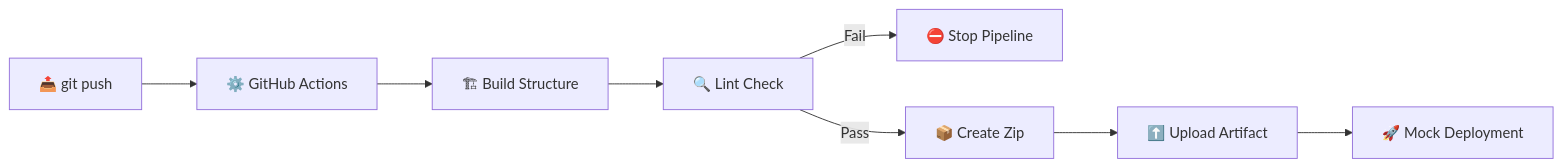
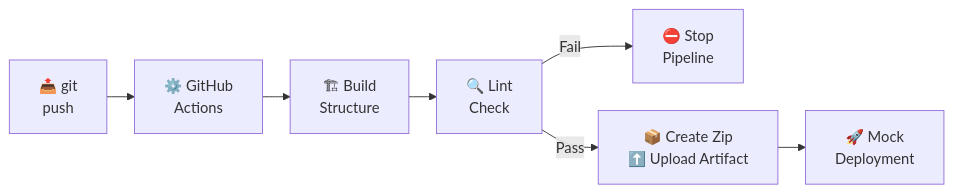
Before and after one commit to SunnyJayaRaju/Apigee-Lab: the fourth of 5 diagrams in README.md, drawn with Mermaid. The commit also changed other lines of this file, not shown here.

Commit message:
Fix badges, heading spacing and dark-mode diagram colours

````diff
--- a/README.md
+++ b/README.md
@@ -434,13 +438,11 @@
 ```mermaid
-%%{init: {"flowchart": {"nodeSpacing": 50, "rankSpacing": 60, "padding": 16}}}%%
+%%{init: {"flowchart": {"nodeSpacing": 30, "rankSpacing": 30, "padding": 16}}}%%
 graph LR
-    Push[📤 git push] --> GitHub[⚙️ GitHub Actions]
-    GitHub --> Build[🏗 Build Structure]
-    Build --> Lint[🔍 Lint Check]
-    
-    Lint -- Fail --> Stop[⛔️ Stop Pipeline]
-    Lint -- Pass --> Zip[📦 Create Zip]
-    
-    Zip --> Upload[⬆️ Upload Artifact]
-    Upload --> Deploy[🚀 Mock Deployment]
+    Push[📤 git<br/>push] --> GitHub[⚙️ GitHub<br/>Actions]
+    GitHub --> Build[🏗 Build<br/>Structure]
+    Build --> Lint[🔍 Lint<br/>Check]
+
+    Lint -- Fail --> Stop[⛔️ Stop<br/>Pipeline]
+    Lint -- Pass --> Zip[📦 Create Zip<br/>⬆️ Upload Artifact]
+    Zip --> Deploy[🚀 Mock<br/>Deployment]
 ```
````
